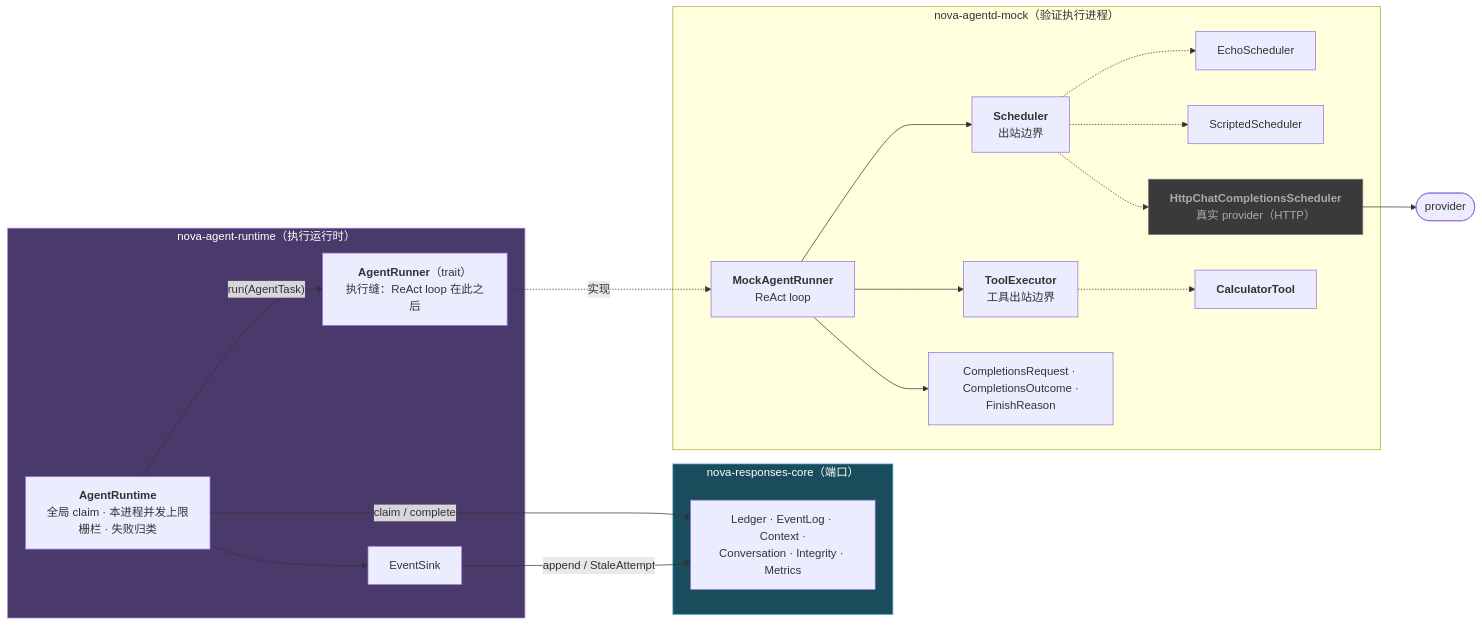
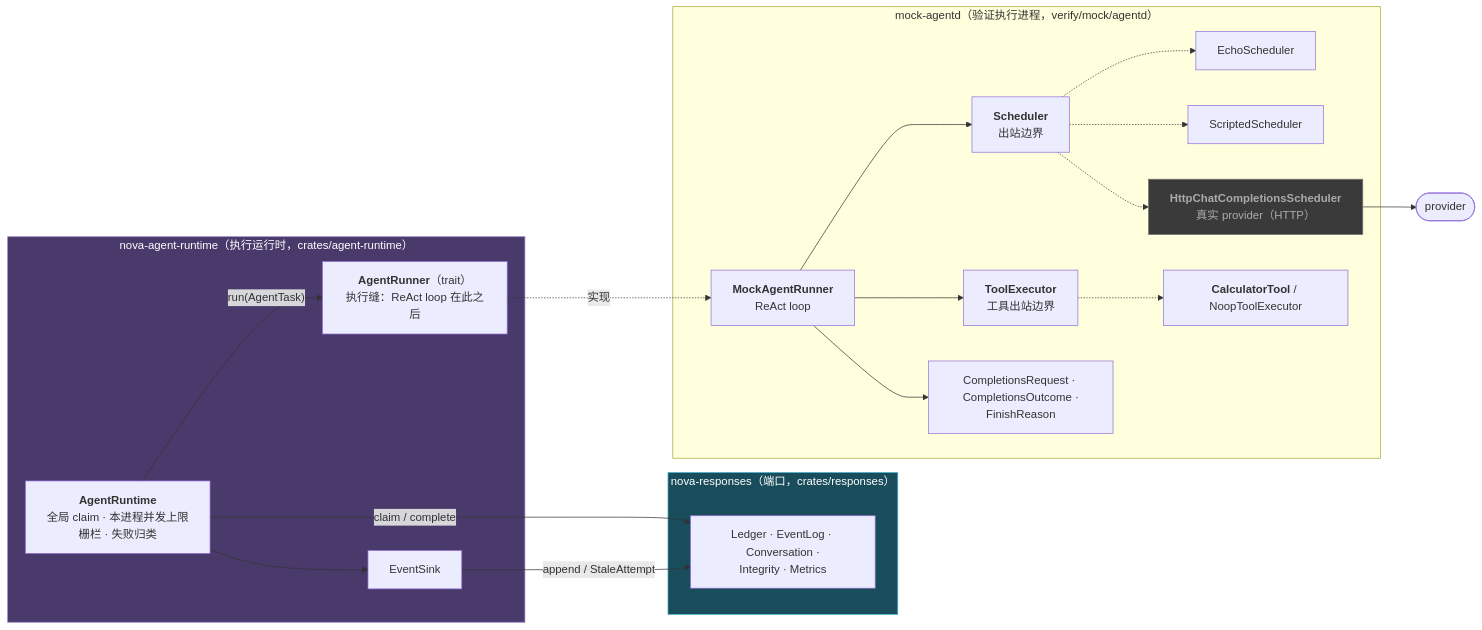
The seventh of 8 diagrams in docs/design/00-architecture-review.md (charleslyh/nova-chat), drawn with Mermaid before and after one commit. The commit also changed other lines of this file and 58 other files, not shown here.

First line of the commit message:
refactor(responses): split storage per D30 — responses on event stream, conversation holds durable snapshot

````diff
--- a/docs/design/00-architecture-review.md
+++ b/docs/design/00-architecture-review.md
@@ -534,43 +540,43 @@
 ```mermaid
 graph LR
-    subgraph AG["nova-agent-runtime（执行运行时）"]
+    subgraph AG["nova-agent-runtime（执行运行时，crates/agent-runtime）"]
         RT["<b>AgentRuntime</b><br/>全局 claim · 本进程并发上限<br/>栅栏 · 失败归类"]
         RUNNER["<b>AgentRunner</b>（trait）<br/>执行缝：ReAct loop 在此之后"]
         SINK["EventSink"]
     end
 
-    subgraph CORE["nova-responses-core（端口）"]
-        PORTS["Ledger · EventLog · Context ·<br/>Conversation · Integrity · Metrics"]
+    subgraph CORE["nova-responses（端口，crates/responses）"]
+        PORTS["Ledger · EventLog · Conversation ·<br/>Integrity · Metrics"]
     end
 
-    subgraph MOCK["nova-agentd-mock（验证执行进程）"]
+    subgraph MOCK["mock-agentd（验证执行进程，verify/mock/agentd）"]
         MR["<b>MockAgentRunner</b><br/>ReAct loop"]
         SCH["<b>Scheduler</b><br/>出站边界"]
         TOOL["<b>ToolExecutor</b><br/>工具出站边界"]
         REQ["CompletionsRequest · CompletionsOutcome ·<br/>FinishReason"]
         M1["EchoScheduler"]
         M2["ScriptedScheduler"]
         M3["<b>HttpChatCompletionsScheduler</b><br/>真实 provider（HTTP）"]
-        M4["<b>CalculatorTool</b>"]
+        M4["<b>CalculatorTool</b> / NoopToolExecutor"]
     end
 
     P(["provider"])
 
     RT -->|"claim / complete"| PORTS
     RT -->|"run(AgentTask)"| RUNNER
     RT --> SINK
     SINK -->|"append / StaleAttempt"| PORTS
     RUNNER -.->|"实现"| MR
     MR --> SCH
     MR --> TOOL
     MR --> REQ
     SCH -.-> M1
     SCH -.-> M2
     SCH -.-> M3
     TOOL -.-> M4
     M3 --> P
 
     style AG fill:#4a3a6b,stroke:#9b7fc7,color:#fff
     style CORE fill:#1a4d5c,stroke:#4db8d4,color:#fff
     style M3 fill:#3a3a3a,stroke:#777,color:#aaa
 ```
````
